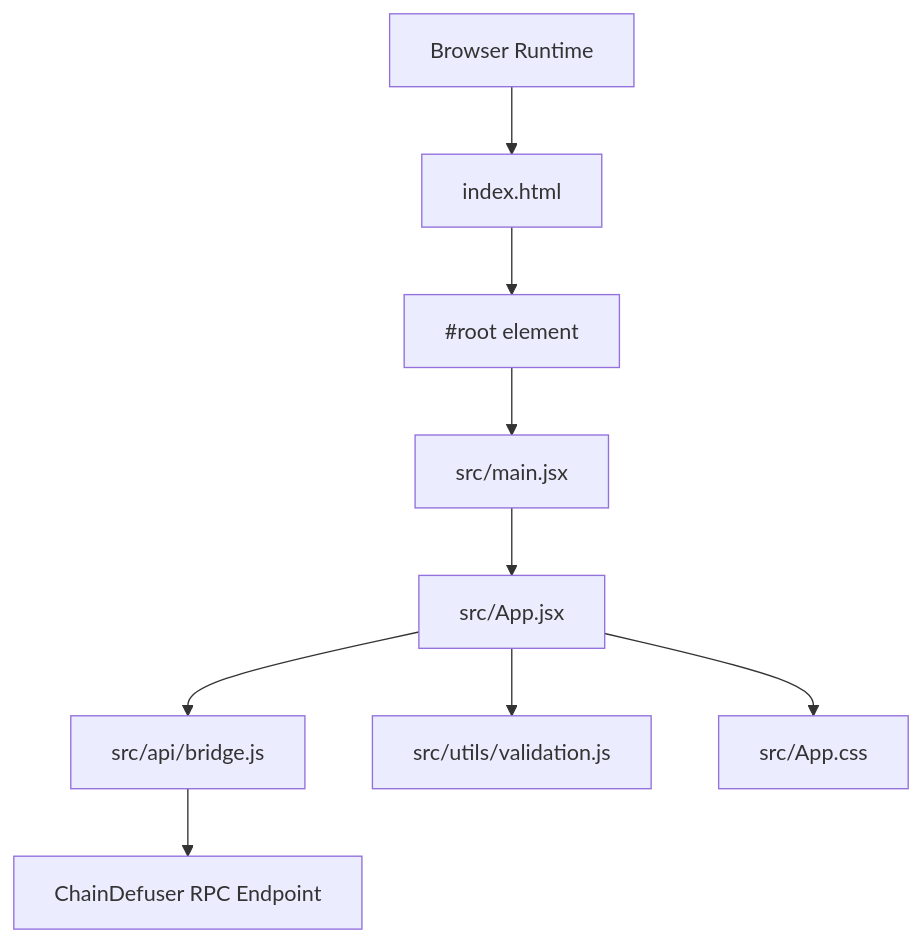
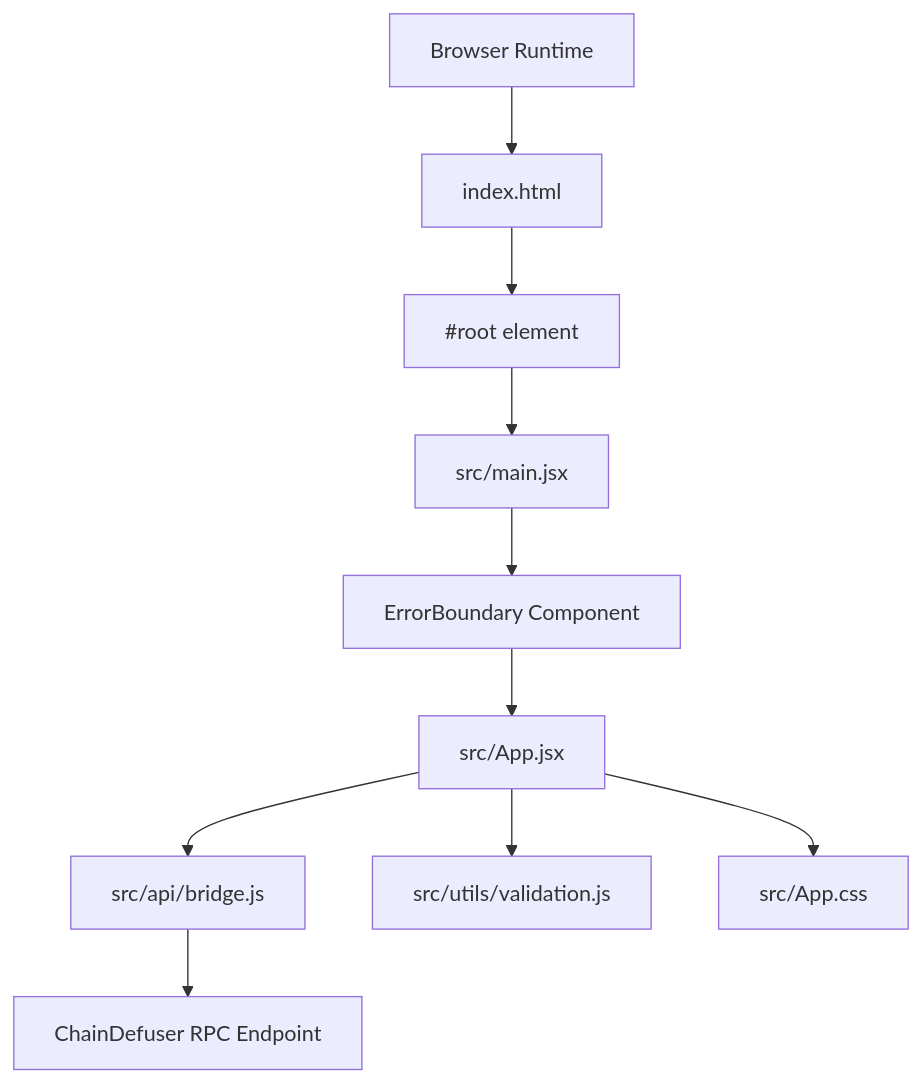
Before and after one commit to KaranMakani/deposit-fixer: the first of 8 diagrams in .qoder/repowiki/en/content/Technical Architecture/Technical Architecture.md, drawn with Mermaid. The commit also changed other lines of this file and 10 other files, not shown here.

````diff
--- a/.qoder/repowiki/en/content/Technical Architecture/Technical Architecture.md
+++ b/.qoder/repowiki/en/content/Technical Architecture/Technical Architecture.md
@@ -45,11 +50,12 @@
 ```mermaid
 graph TB
 Browser["Browser Runtime"] --> HTML["index.html"]
 HTML --> RootDiv["#root element"]
 RootDiv --> MainJS["src/main.jsx"]
-MainJS --> App["src/App.jsx"]
+MainJS --> ErrorBoundary["ErrorBoundary Component"]
+ErrorBoundary --> App["src/App.jsx"]
 App --> API["src/api/bridge.js"]
 App --> Utils["src/utils/validation.js"]
 App --> CSS["src/App.css"]
 API --> RPC["ChainDefuser RPC Endpoint"]
 ```
````
